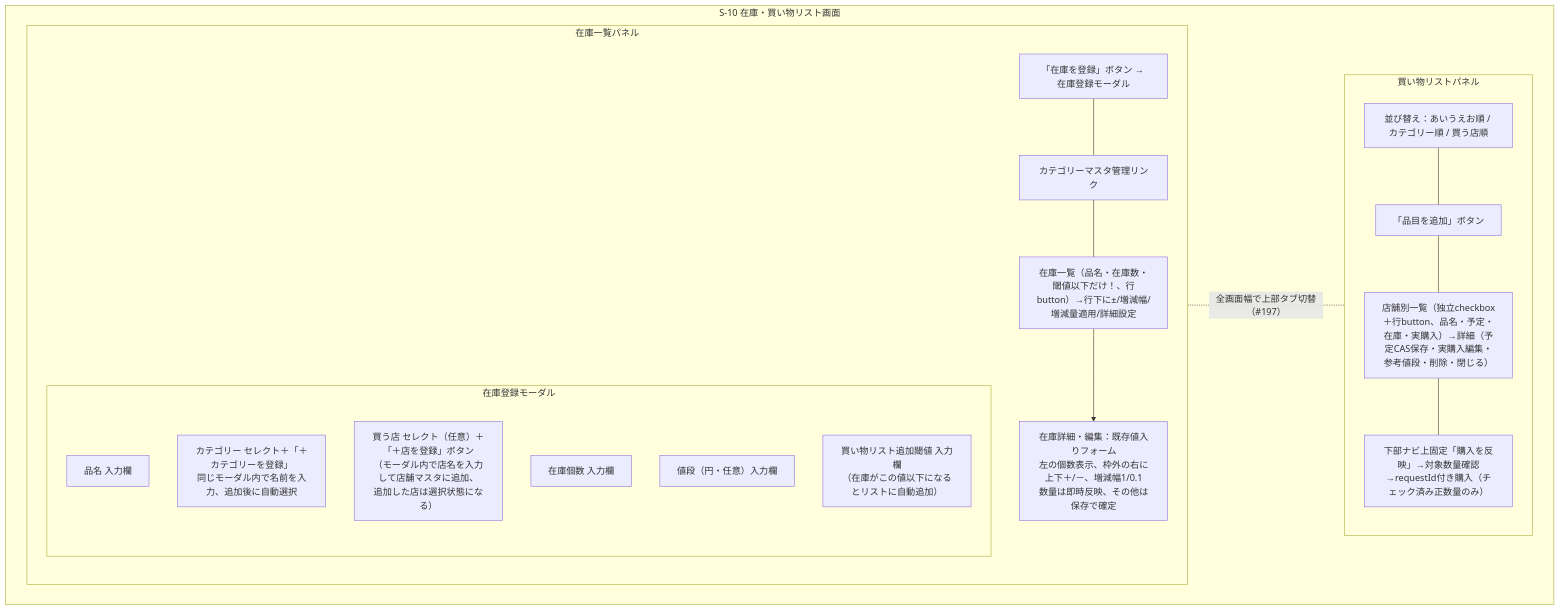
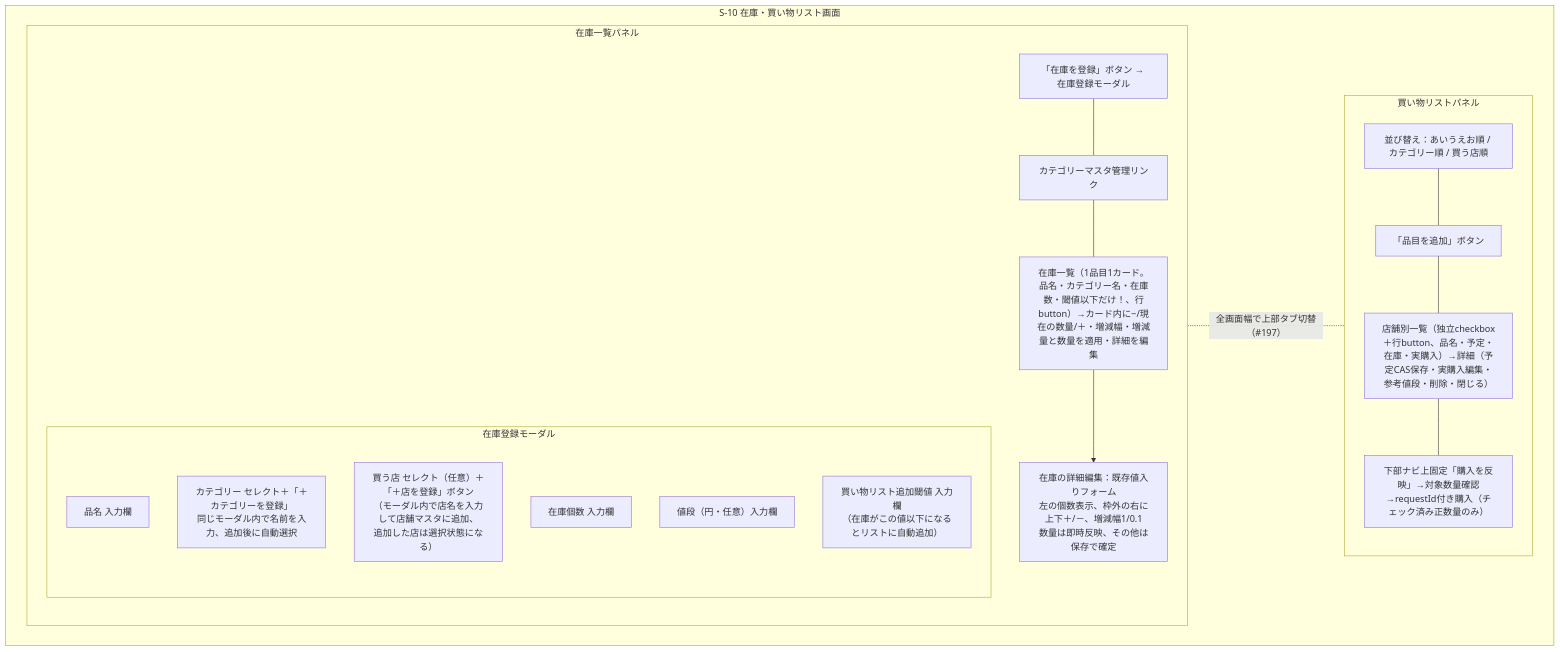
Before and after one commit to yamamotonaoki3/HomeLog: the ninth of 15 diagrams in docs/details/wireframes.md, drawn with Mermaid. The commit also changed other lines of this file and 30 other files, not shown here.

````diff
--- a/docs/details/wireframes.md
+++ b/docs/details/wireframes.md
@@ -597,33 +614,33 @@
 ```mermaid
 flowchart TD
     subgraph Screen["S-10 在庫・買い物リスト画面"]
         direction LR
         subgraph InventoryPanel["在庫一覧パネル"]
             direction TB
             AddBtn["「在庫を登録」ボタン → 在庫登録モーダル"]
             subgraph InvModal["在庫登録モーダル"]
                 direction TB
                 InvName["品名 入力欄"]
                 InvCategory["カテゴリー セレクト＋「＋カテゴリーを登録」\n同じモーダル内で名前を入力、追加後に自動選択"]
                 InvStore["買う店 セレクト（任意）＋「＋店を登録」ボタン\n（モーダル内で店名を入力して店舗マスタに追加、\n追加した店は選択状態になる）"]
                 InvQty["在庫個数 入力欄"]
                 InvPrice["値段（円・任意）入力欄"]
                 InvThreshold["買い物リスト追加閾値 入力欄\n（在庫がこの値以下になるとリストに自動追加）"]
             end
             MasterLink["カテゴリーマスタ管理リンク"]
-            InvList["在庫一覧（品名・在庫数・閾値以下だけ！、行button）→行下に±/増減幅/増減量適用/詳細設定"]
-            InvEdit["在庫詳細・編集：既存値入りフォーム\n左の個数表示、枠外の右に上下＋/－、増減幅1/0.1\n数量は即時反映、その他は保存で確定"]
+            InvList["在庫一覧（1品目1カード。品名・カテゴリー名・在庫数・閾値以下だけ！、行button）→カード内に−/現在の数量/＋・増減幅・増減量と数量を適用・詳細を編集"]
+            InvEdit["在庫の詳細編集：既存値入りフォーム\n左の個数表示、枠外の右に上下＋/－、増減幅1/0.1\n数量は即時反映、その他は保存で確定"]
         end
         subgraph ShoppingPanel["買い物リストパネル"]
             direction TB
             Sort["並び替え：あいうえお順 / カテゴリー順 / 買う店順"]
             ShopAddBtn["「品目を追加」ボタン"]
             ShopList["店舗別一覧（独立checkbox＋行button、品名・予定・在庫・実購入）→詳細（予定CAS保存・実購入編集・参考値段・削除・閉じる）"]
             UpdateBtn["下部ナビ上固定「購入を反映」→対象数量確認→requestId付き購入（チェック済み正数量のみ）"]
         end
     end
     AddBtn --- MasterLink --- InvList
     InvList --> InvEdit
     Sort --- ShopAddBtn --- ShopList --- UpdateBtn
     InvList -. "全画面幅で上部タブ切替（#197）" .- ShopList
 ```
````
